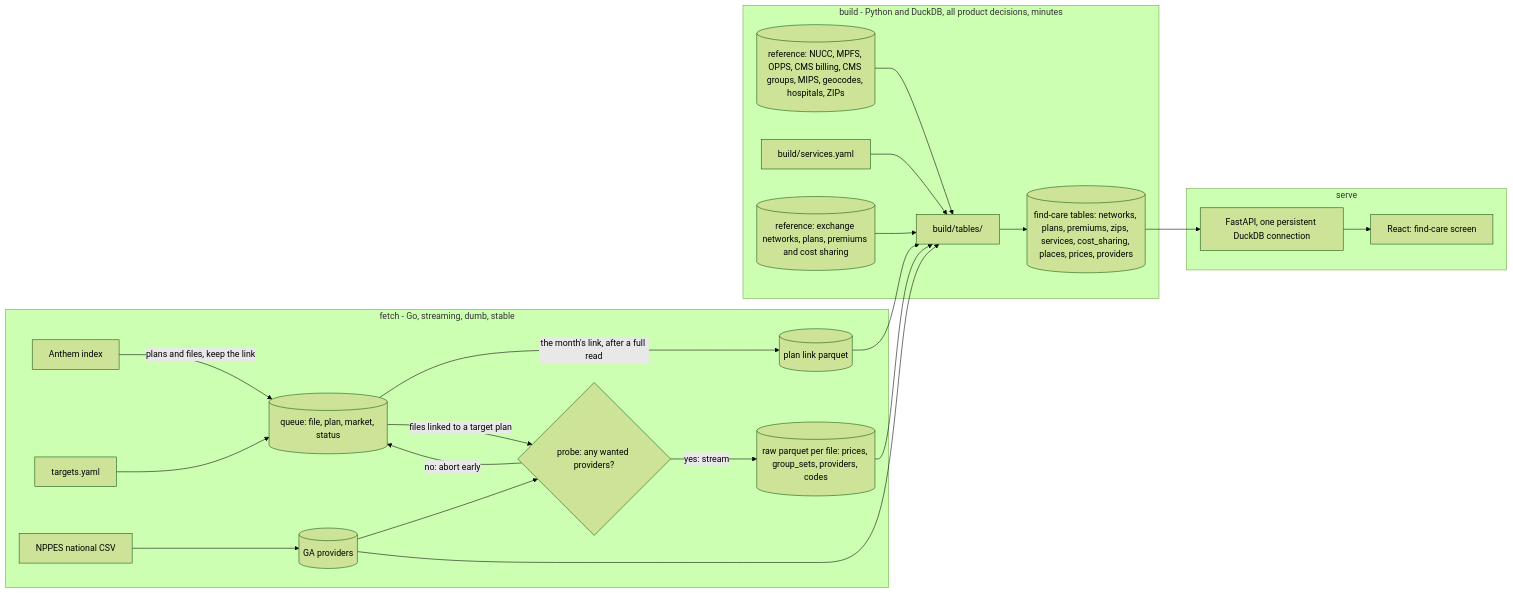
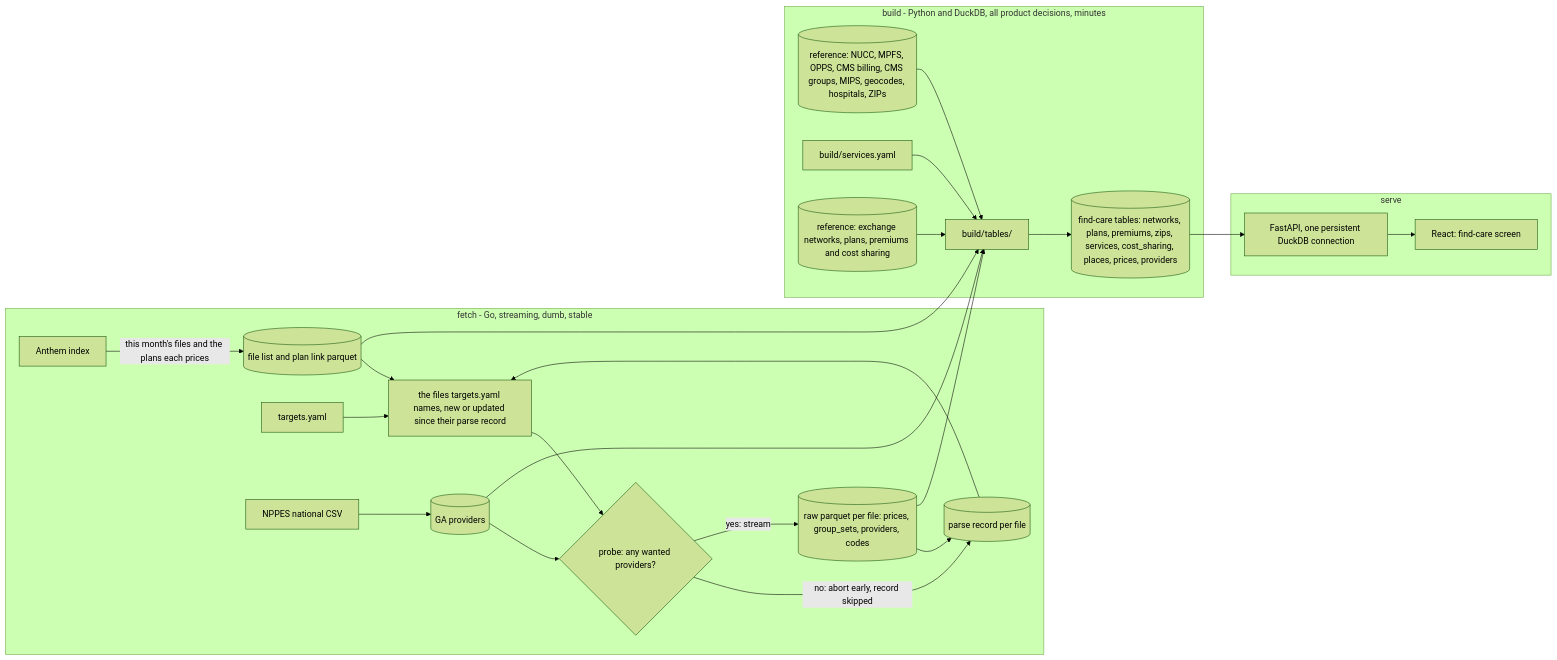
Before and after one commit to wmespi/honest-healthcare: the first of 3 diagrams in docs/architecture.md, drawn with Mermaid (forest theme). The commit also changed other lines of this file and 48 other files, not shown here.

First line of the commit message:
refactor(etl): remove Postgres; discover and parse keep what they know in Parquet (#135) (#169)

````diff
--- a/docs/architecture.md
+++ b/docs/architecture.md
@@ -33,26 +32,28 @@
 ```mermaid
 flowchart LR
   subgraph fetch [fetch - Go, streaming, dumb, stable]
-    IDX[Anthem index] -->|"plans and files, keep the link"| Q[(queue: file, plan, market, status)]
-    Q -->|"the month's link, after a full read"| LINK[(plan link parquet)]
-    TGT[targets.yaml] --> Q
-    Q -->|"files linked to a target plan"| PROBE{"probe: any wanted providers?"}
-    PROBE -->|"no: abort early"| Q
+    IDX[Anthem index] -->|"this month's files and the plans each prices"| LIST[(file list and plan link parquet)]
+    LIST --> PICK["the files targets.yaml names, new or updated since their parse record"]
+    TGT[targets.yaml] --> PICK
+    PICK --> PROBE{"probe: any wanted providers?"}
+    PROBE -->|"no: abort early, record skipped"| REC[(parse record per file)]
     PROBE -->|"yes: stream"| RAW[(raw parquet per file: prices, group_sets, providers, codes)]
+    RAW --> REC
+    REC --> PICK
     NPPES[NPPES national CSV] --> GA[(GA providers)]
     GA --> PROBE
   end
   subgraph build [build - Python and DuckDB, all product decisions, minutes]
     RAW --> FC["build/tables/"]
-    LINK --> FC
+    LIST --> FC
     REF[(reference: NUCC, MPFS, OPPS, CMS billing, CMS groups, MIPS, geocodes, hospitals, ZIPs)] --> FC
     GA --> FC
     SVC[build/services.yaml] --> FC
     XNET[(reference: exchange networks, plans, premiums and cost sharing)] --> FC
     FC --> FCT[("find-care tables: networks, plans, premiums, zips, services, cost_sharing, places, prices, providers")]
   end
   subgraph serve [serve]
     FCT --> API[FastAPI, one persistent DuckDB connection]
     API --> WEB[React: find-care screen]
   end
 ```
````
